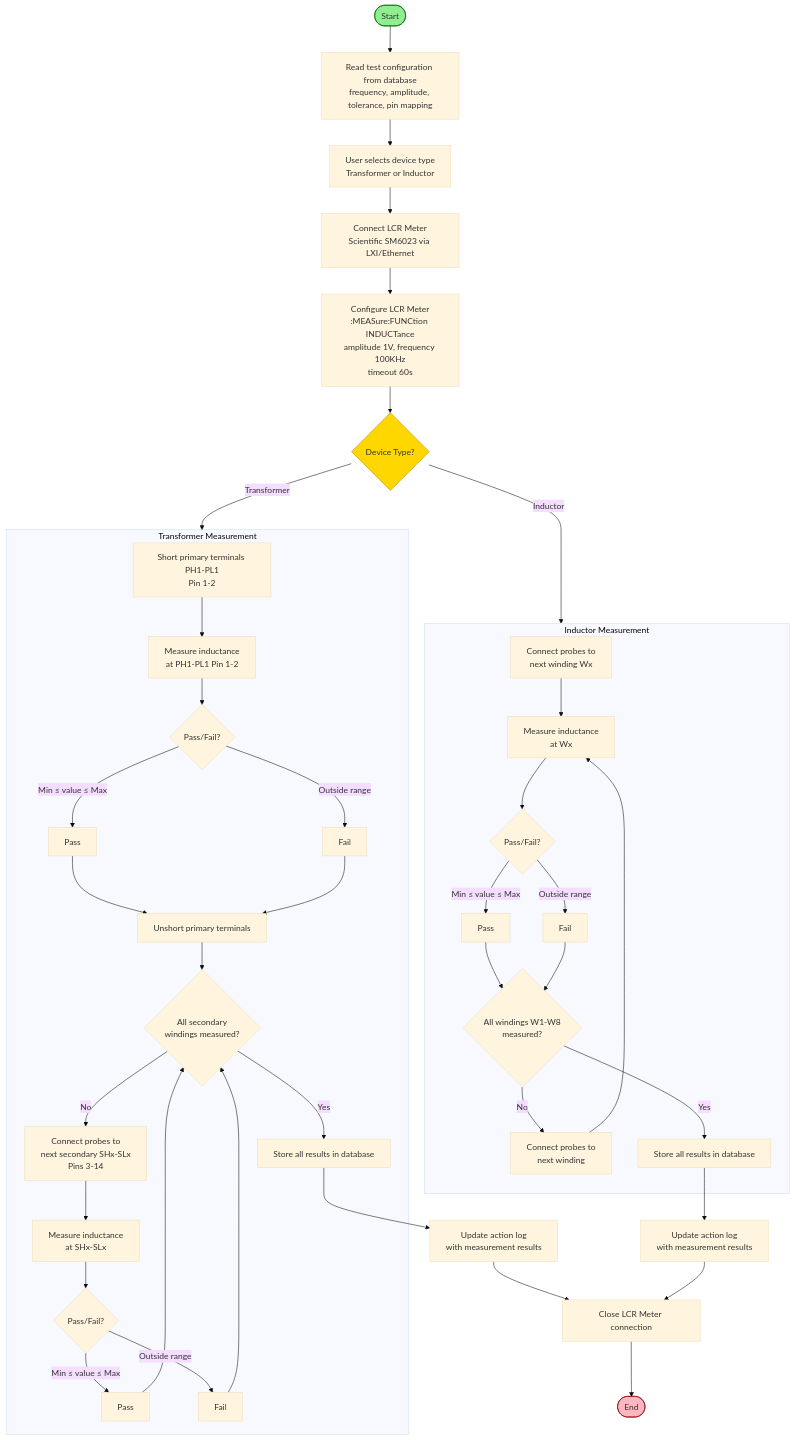
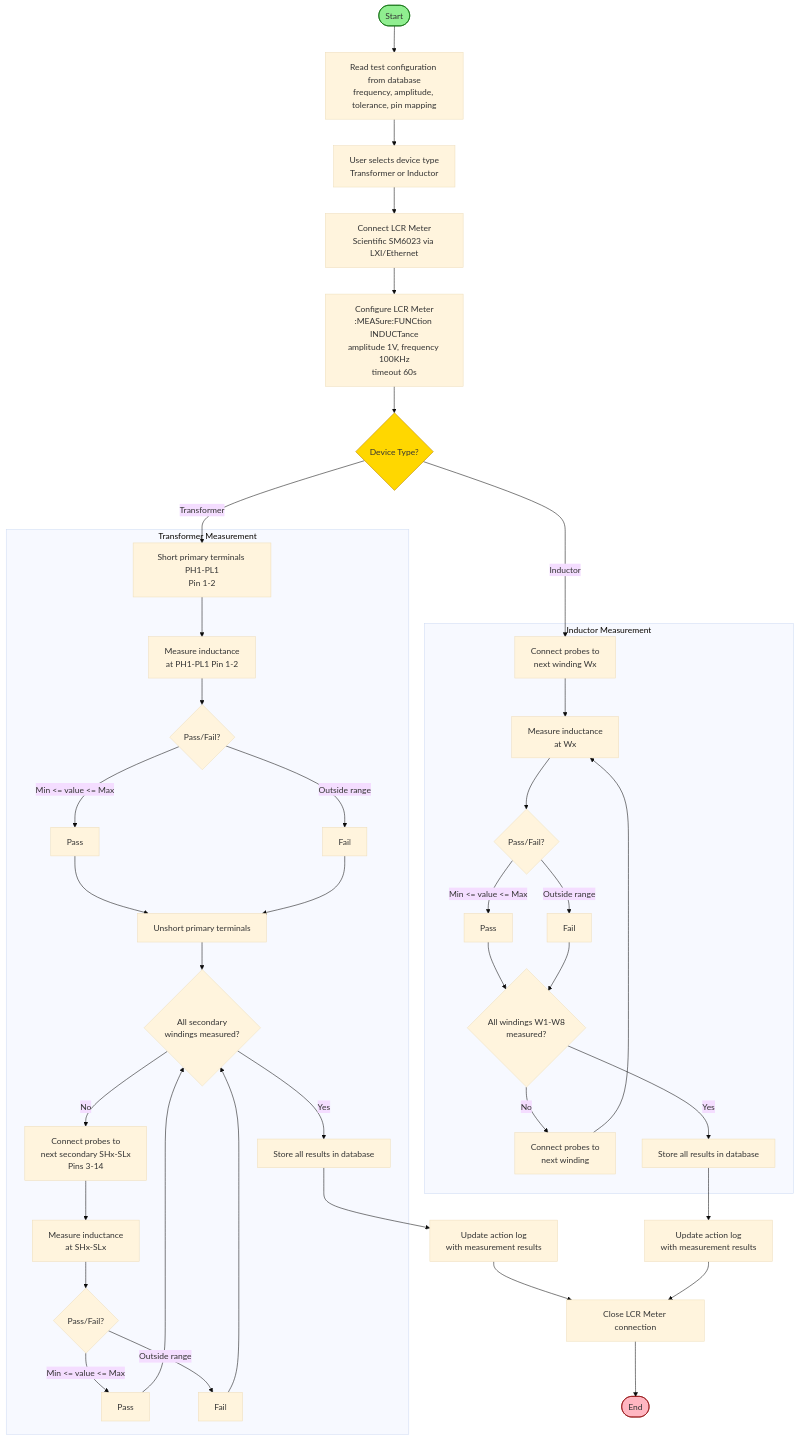
One commit to bit-handler/Mermied changed the diagram in Inductance.md. Above: the diagram before and after it, drawn with Mermaid (base theme).

````diff
--- a/Inductance.md
+++ b/Inductance.md
@@ -1,58 +1,58 @@
 ```mermaid
 flowchart TD
     Start([Start]) --> DBConfig["Read test configuration from database<br/>frequency, amplitude, tolerance, pin mapping"]
 
     DBConfig --> SelectDevice["User selects device type<br/>Transformer or Inductor"]
 
     SelectDevice --> ConnectLCR["Connect LCR Meter<br/>Scientific SM6023 via LXI/Ethernet"]
 
     ConnectLCR --> ConfigLCR["Configure LCR Meter<br/>:MEASure:FUNCtion INDUCTance<br/>amplitude 1V, frequency 100KHz<br/>timeout 60s"]
 
     ConfigLCR --> CheckDevice{Device Type?}
 
-    CheckDevice -->|Transformer| TransformerFlow
-    CheckDevice -->|Inductor| InductorFlow
+    CheckDevice -->|Transformer| T1
+    CheckDevice -->|Inductor| I1
 
-    subgraph TransformerFlow [Transformer Measurement]
+    subgraph TransformerFlow ["Transformer Measurement"]
         T1["Short primary terminals PH1-PL1<br/>Pin 1-2"]
         T1 --> T2["Measure inductance<br/>at PH1-PL1 Pin 1-2"]
         T2 --> T3{Pass/Fail?}
-        T3 -->|"Min ≤ value ≤ Max"| T3Pass[Pass]
-        T3 -->|Outside range| T3Fail[Fail]
-        T3Pass --> T4[Unshort primary terminals]
+        T3 -->|"Min <= value <= Max"| T3Pass[Pass]
+        T3 -->|"Outside range"| T3Fail[Fail]
+        T3Pass --> T4["Unshort primary terminals"]
         T3Fail --> T4
         T4 --> T4Loop{"All secondary<br/>windings measured?"}
-        T4Loop -->|No| T5["Connect probes to<br/>next secondary SHx-SLx<br/>Pins 3-14"]
+        T4Loop -->|"No"| T5["Connect probes to<br/>next secondary SHx-SLx<br/>Pins 3-14"]
         T5 --> T6["Measure inductance<br/>at SHx-SLx"]
         T6 --> T7{Pass/Fail?}
-        T7 -->|"Min ≤ value ≤ Max"| T7Pass[Pass]
-        T7 -->|Outside range| T7Fail[Fail]
+        T7 -->|"Min <= value <= Max"| T7Pass[Pass]
+        T7 -->|"Outside range"| T7Fail[Fail]
         T7Pass --> T4Loop
         T7Fail --> T4Loop
-        T4Loop -->|Yes| StoreT[Store all results in database]
+        T4Loop -->|"Yes"| StoreT["Store all results in database"]
     end
 
-    subgraph InductorFlow [Inductor Measurement]
+    subgraph InductorFlow ["Inductor Measurement"]
         I1["Connect probes to<br/>next winding Wx"]
         I1 --> I2["Measure inductance<br/>at Wx"]
         I2 --> I3{Pass/Fail?}
-        I3 -->|"Min ≤ value ≤ Max"| I3Pass[Pass]
-        I3 -->|Outside range| I3Fail[Fail]
-        I3Pass --> I4
+        I3 -->|"Min <= value <= Max"| I3Pass[Pass]
+        I3 -->|"Outside range"| I3Fail[Fail]
+        I3Pass --> I4{"All windings W1-W8<br/>measured?"}
         I3Fail --> I4
-        I4{"All windings W1-W8<br/>measured?"}
-        I4 -->|No| I5[Connect probes to<br/>next winding]
+        I4 -->|"No"| I5["Connect probes to<br/>next winding"]
         I5 --> I2
-        I4 -->|Yes| StoreI[Store all results in database]
+        I4 -->|"Yes"| StoreI["Store all results in database"]
     end
 
     StoreT --> LogT["Update action log<br/>with measurement results"]
     StoreI --> LogI["Update action log<br/>with measurement results"]
     LogT --> CloseLCR[Close LCR Meter connection]
     LogI --> CloseLCR
     CloseLCR --> End([End])
 
     style Start fill:#90EE90,stroke:#006400
     style End fill:#FFB6C1,stroke:#8B0000
     style CheckDevice fill:#FFD700,stroke:#B8860B
+
 ```
````
